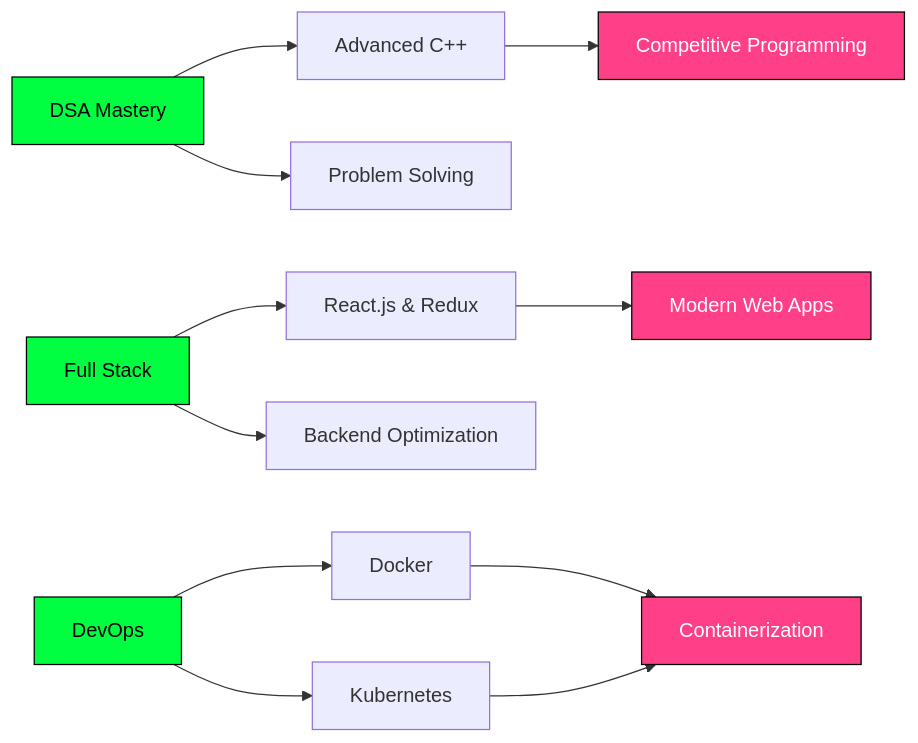
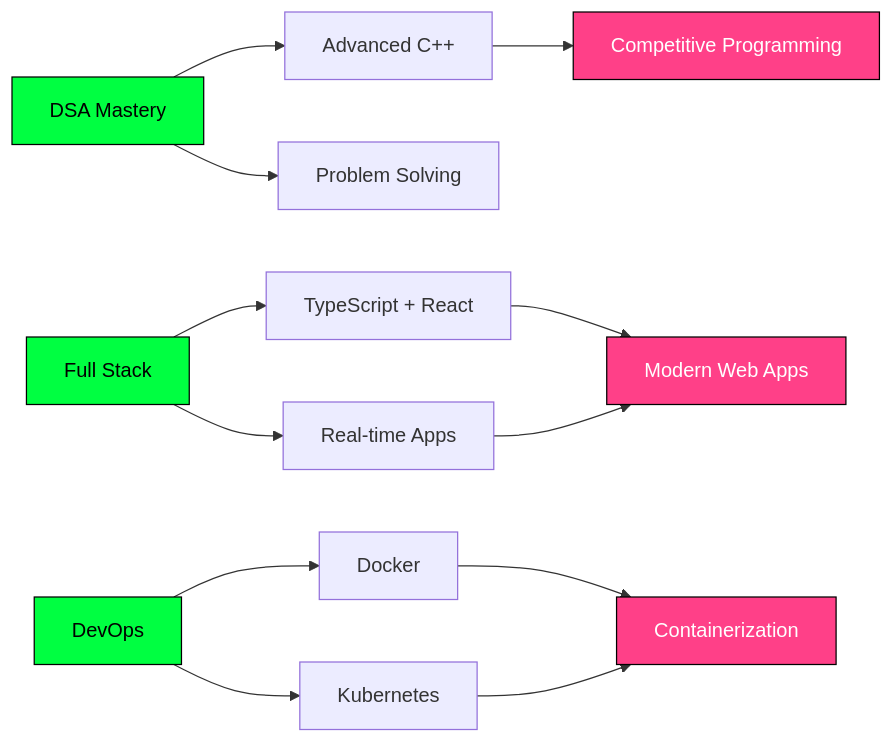
The diagram in README.md (Princekr267/Princekr267), drawn with Mermaid before and after one commit. The commit also changed other lines of this file, not shown here.

````diff
--- a/README.md
+++ b/README.md
@@ -232,20 +272,21 @@
 ```mermaid
 graph LR
     A[DSA Mastery] --> B[Advanced C++]
     A --> C[Problem Solving]
-    D[Full Stack] --> E[React.js & Redux]
-    D --> F[Backend Optimization]
+    D[Full Stack] --> E[TypeScript + React]
+    D --> F[Real-time Apps]
     G[DevOps] --> H[Docker]
     G --> I[Kubernetes]
     B --> J[Competitive Programming]
     E --> K[Modern Web Apps]
+    F --> K
     H --> L[Containerization]
     I --> L
     
     style A fill:#00FF41,stroke:#000,color:#000
     style D fill:#00FF41,stroke:#000,color:#000
     style G fill:#00FF41,stroke:#000,color:#000
     style J fill:#FF4088,stroke:#000,color:#fff
     style K fill:#FF4088,stroke:#000,color:#fff
     style L fill:#FF4088,stroke:#000,color:#fff
 ```
````
